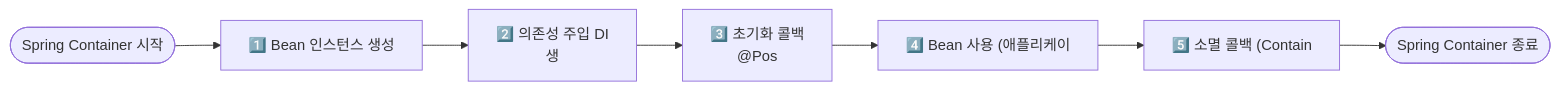
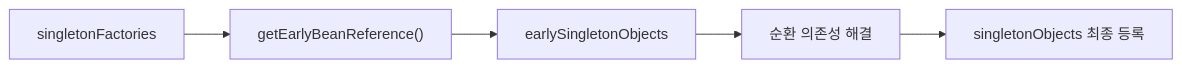
Before and after one commit to yjkim2015/yjkim2015.github.io: the third of 6 diagrams in _posts/spring/2026-05-01-spring-ioc-di.md, drawn with Mermaid. The commit also changed other lines of this file and 4 other files, not shown here.

````diff
--- a/_posts/spring/2026-05-01-spring-ioc-di.md
+++ b/_posts/spring/2026-05-01-spring-ioc-di.md
@@ -133,10 +597,7 @@
 ```mermaid
 graph LR
-    S([Spring Container 시작]) --> A
-    A["1️⃣ Bean 인스턴스 생성<b"]
-    A --> B["2️⃣ 의존성 주입 DI<br>생"]
-    B --> C["3️⃣ 초기화 콜백<br>@Pos"]
-    C --> D["4️⃣ Bean 사용 (애플리케이"]
-    D --> E["5️⃣ 소멸 콜백 (Contain"]
-    E --> END([Spring Container 종료])
+    A["singletonFactories"] --> B["getEarlyBeanReference()"]
+    B --> C["earlySingletonObjects"]
+    C --> D["순환 의존성 해결"]
+    D --> E["singletonObjects 최종 등록"]
 ```
````
